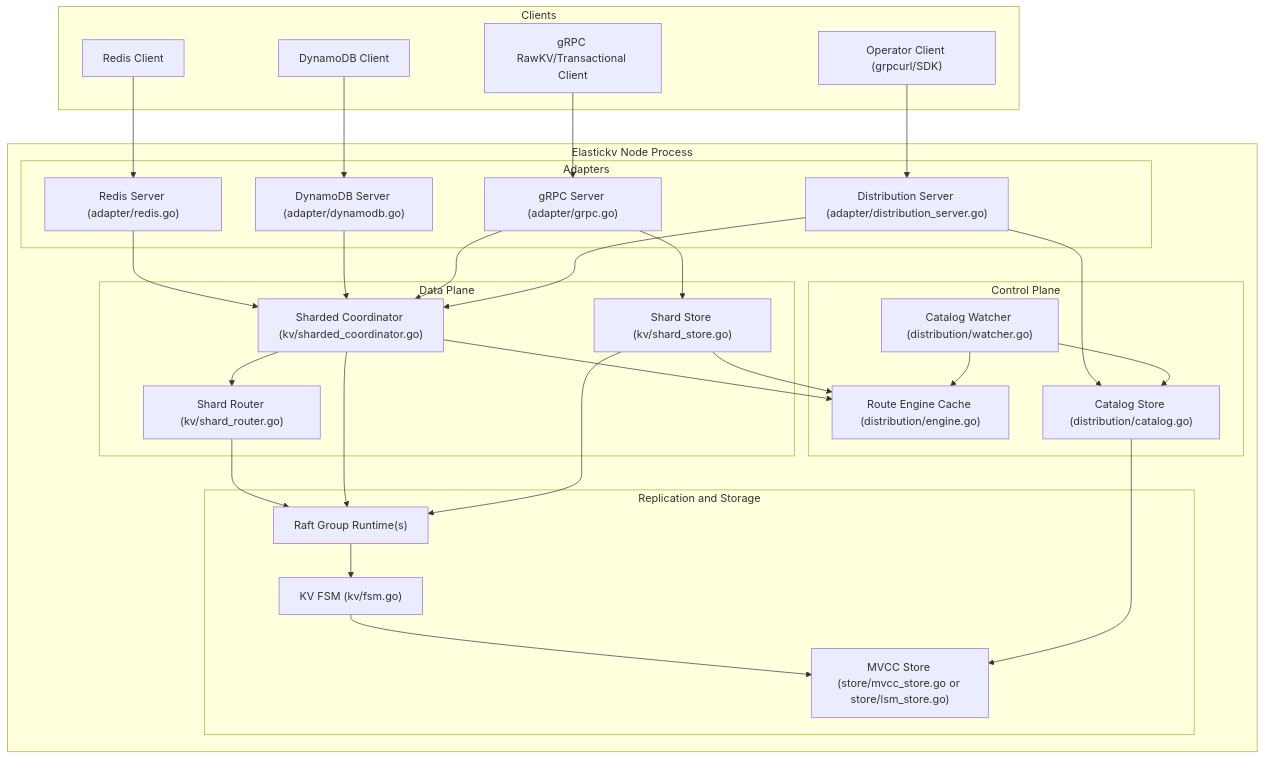
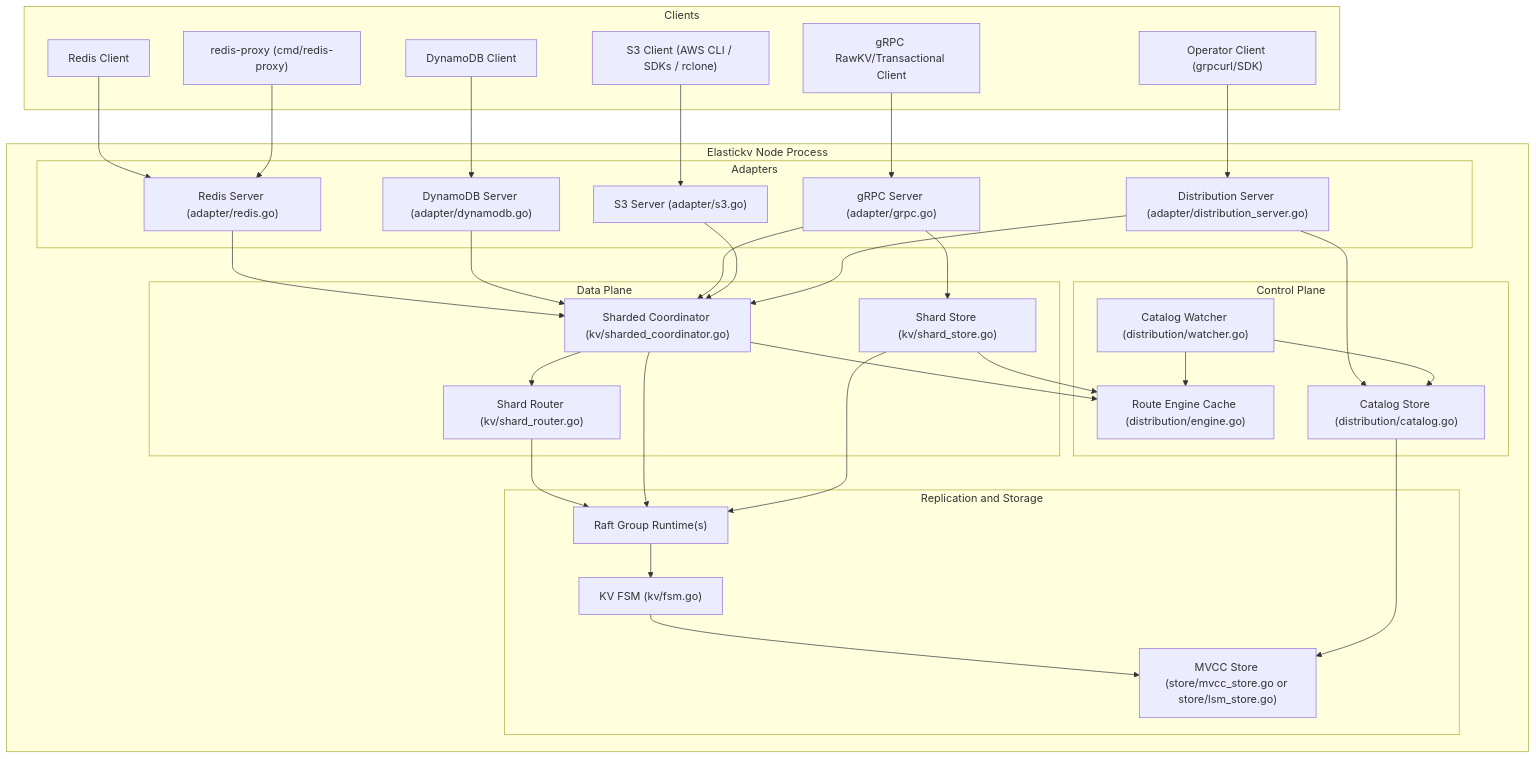
The first of 3 diagrams in docs/architecture_overview.md (bootjp/elastickv), drawn with Mermaid before and after one commit. The commit also changed other lines of this file and 1 other file, not shown here.

Commit message:
docs: update README and architecture_overview to reflect S3 adapter and expanded Redis compatibility
Agent-Logs-Url: https://github.com/bootjp/elastickv/sessions/d10af7f6-964b-4576-b586-96f96f50bcdb

````diff
--- a/docs/architecture_overview.md
+++ b/docs/architecture_overview.md
@@ -7,62 +7,68 @@
 ```mermaid
 flowchart TB
   subgraph Clients["Clients"]
     RC["Redis Client"]
     DC["DynamoDB Client"]
     GC["gRPC RawKV/Transactional Client"]
     OC["Operator Client (grpcurl/SDK)"]
+    SC["S3 Client (AWS CLI / SDKs / rclone)"]
+    RP["redis-proxy (cmd/redis-proxy)"]
   end
 
   subgraph Node["Elastickv Node Process"]
     subgraph Adapters["Adapters"]
       RS["Redis Server (adapter/redis.go)"]
       DBS["DynamoDB Server (adapter/dynamodb.go)"]
       GS["gRPC Server (adapter/grpc.go)"]
       DS["Distribution Server (adapter/distribution_server.go)"]
+      S3S["S3 Server (adapter/s3.go)"]
     end
 
     subgraph DataPlane["Data Plane"]
-      SC["Sharded Coordinator (kv/sharded_coordinator.go)"]
+      SCC["Sharded Coordinator (kv/sharded_coordinator.go)"]
       SS["Shard Store (kv/shard_store.go)"]
       SR["Shard Router (kv/shard_router.go)"]
     end
 
     subgraph ControlPlane["Control Plane"]
       DE["Route Engine Cache (distribution/engine.go)"]
       CW["Catalog Watcher (distribution/watcher.go)"]
       CS["Catalog Store (distribution/catalog.go)"]
     end
 
     subgraph Replication["Replication and Storage"]
       RG["Raft Group Runtime(s)"]
       FSM["KV FSM (kv/fsm.go)"]
       MV["MVCC Store (store/mvcc_store.go or store/lsm_store.go)"]
     end
   end
 
   RC --> RS
   DC --> DBS
   GC --> GS
   OC --> DS
+  SC --> S3S
+  RP --> RS
 
-  RS --> SC
-  DBS --> SC
-  GS --> SC
+  RS --> SCC
+  DBS --> SCC
+  GS --> SCC
   GS --> SS
-  SC --> SR
-  SC --> DE
+  S3S --> SCC
+  SCC --> SR
+  SCC --> DE
   SS --> DE
 
-  DS --> SC
+  DS --> SCC
   DS --> CS
 
   SR --> RG
-  SC --> RG
+  SCC --> RG
   SS --> RG
   RG --> FSM
   FSM --> MV
 
   CS --> MV
   CW --> CS
   CW --> DE
 ```
````
